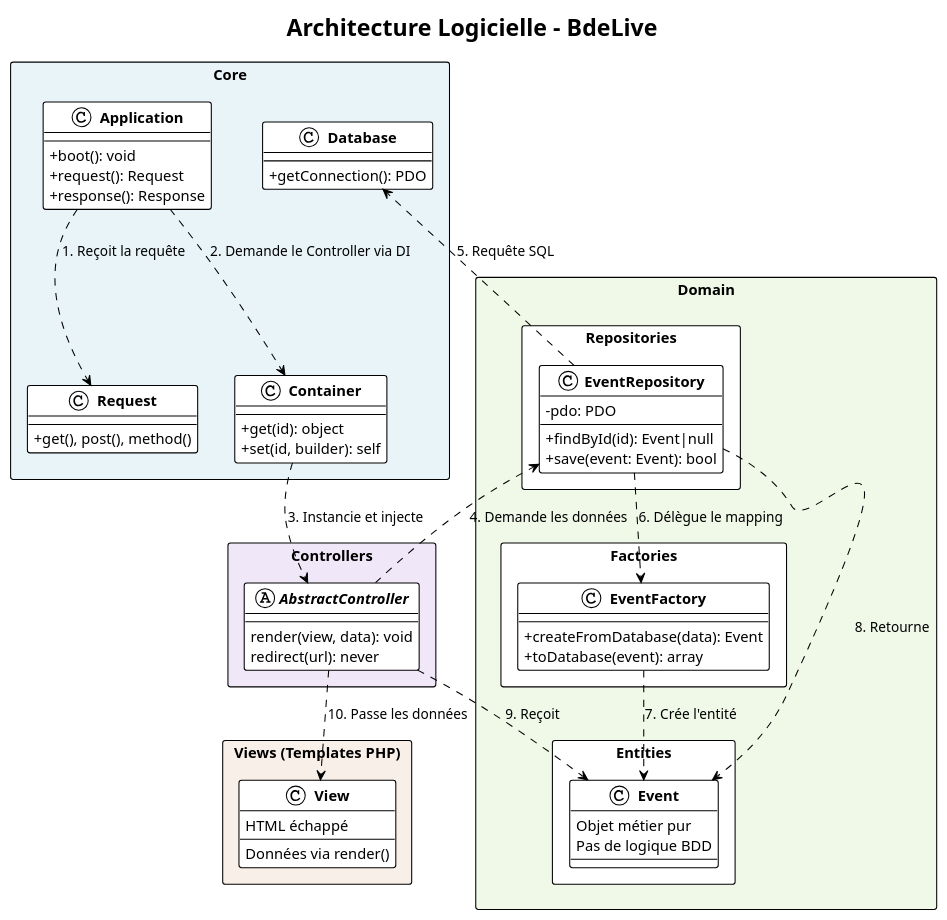
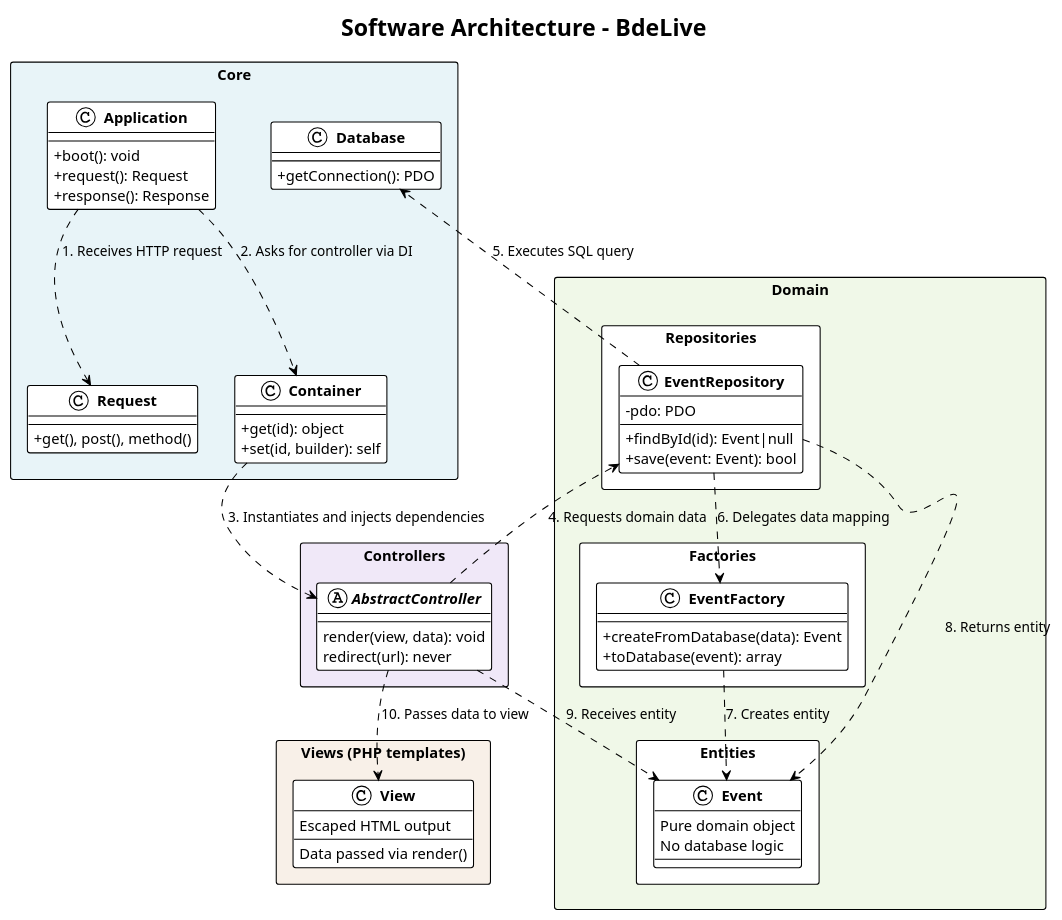
Before and after one commit to AHAMED-Nasser/BdeLive: the diagram in docs/diagramme-classes.puml, drawn with PlantUML. The commit also changed 1 other file, not shown here.

Commit message:
docs: update README and class diagram for consistency and clarity
- Translated French terms to English in the README for better accessibility.
- Updated the class diagram in diagramme-classes.puml to reflect consistent terminology, changing "Injection de Dépendances" to "Dependency Injection" and other phrases for clarity.
- Enhanced the overall documentation to align with current architectural patterns and improve understanding of the request lifecycle.

```diff
--- a/docs/diagramme-classes.puml
+++ b/docs/diagramme-classes.puml
@@ -1,80 +1,80 @@
 @startuml
 !theme plain
 skinparam classAttributeIconSize 0
 skinparam classFontStyle bold
 skinparam packageStyle rectangle
 
-title Architecture Logicielle - BdeLive
+title Software Architecture - BdeLive
 
-' ==================== COUCHE CORE ====================
+' ==================== CORE LAYER ====================
 package "Core" #E8F4F8 {
   class Application {
     + boot(): void
     + request(): Request
     + response(): Response
   }
   class Request {
     + get(), post(), method()
   }
   class Container {
     + get(id): object
     + set(id, builder): self
   }
   class Database {
     + getConnection(): PDO
   }
 }
 
-' ==================== COUCHE CONTROLLERS ====================
+' ==================== CONTROLLERS LAYER ====================
 package "Controllers" #F0E8F8 {
   abstract class AbstractController {
      render(view, data): void
      redirect(url): never
   }
 }
 
-' ==================== COUCHE VIEWS ====================
-package "Views (Templates PHP)" #F8F0E8 {
+' ==================== VIEWS LAYER ====================
+package "Views (PHP templates)" #F8F0E8 {
   class View {
-    Données via render()
-    HTML échappé
+    Data passed via render()
+    Escaped HTML output
   }
 }
 
-' ==================== COUCHE DOMAIN (exemple Event) ====================
+' ==================== DOMAIN LAYER (Event example) ====================
 package "Domain" #F0F8E8 {
   package "Repositories" {
     class EventRepository {
       - pdo: PDO
       + findById(id): Event|null
       + save(event: Event): bool
     }
   }
   package "Factories" {
     class EventFactory {
       + createFromDatabase(data): Event
       + toDatabase(event): array
     }
   }
   package "Entities" {
     class Event {
-      Objet métier pur
-      Pas de logique BDD
+      Pure domain object
+      No database logic
     }
   }
 }
 
-' ==================== FLUX - CLEAN ARCHITECTURE (..> = dépendance) ====================
-Application ..> Request : 1. Reçoit la requête
-Application ..> Container : 2. Demande le Controller via DI
-Container ..> AbstractController : 3. Instancie et injecte
+' ==================== FLOW - CLEAN ARCHITECTURE (..> = dependency) ====================
+Application ..> Request : 1. Receives HTTP request
+Application ..> Container : 2. Asks for controller via DI
+Container ..> AbstractController : 3. Instantiates and injects dependencies
 
-AbstractController ..> EventRepository : 4. Demande les données
-EventRepository ..> Database : 5. Requête SQL
-EventRepository ..> EventFactory : 6. Délègue le mapping
-EventFactory ..> Event : 7. Crée l'entité
+AbstractController ..> EventRepository : 4. Requests domain data
+EventRepository ..> Database : 5. Executes SQL query
+EventRepository ..> EventFactory : 6. Delegates data mapping
+EventFactory ..> Event : 7. Creates entity
 
-EventRepository ..> Event : 8. Retourne
-AbstractController ..> Event : 9. Reçoit
-AbstractController ..> View : 10. Passe les données
+EventRepository ..> Event : 8. Returns entity
+AbstractController ..> Event : 9. Receives entity
+AbstractController ..> View : 10. Passes data to view
 @enduml
```
